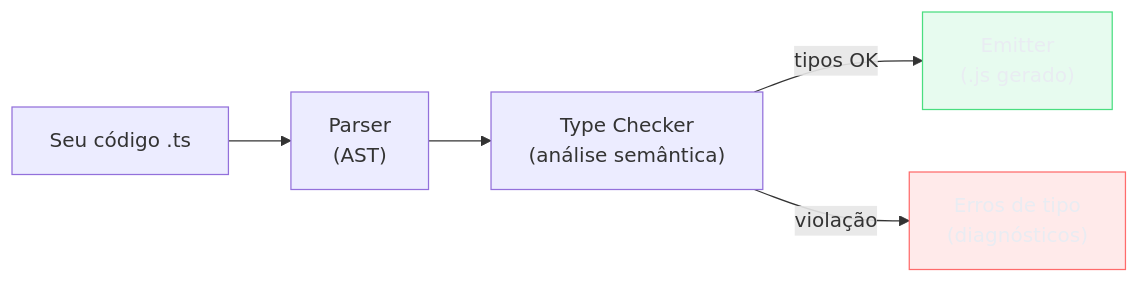
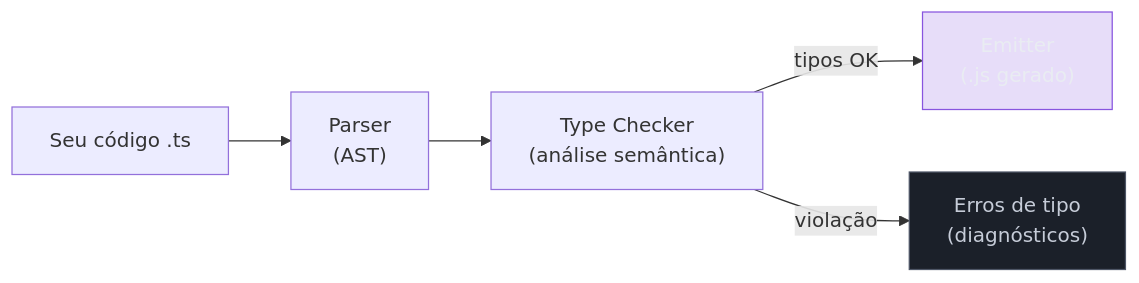
One commit to josenaldo/codex-technomanticus changed the first of 4 diagrams in 03-Dominios/Tecnologia/TypeScript/26 - Lendo o compilador - erros comuns e como decifrar mensagens.md. Above: the diagram before and after it, drawn with Mermaid. The commit also changed other lines of this file and 601 other files, not shown here.

````diff
--- a/03-Dominios/Tecnologia/TypeScript/26 - Lendo o compilador - erros comuns e como decifrar mensagens.md
+++ b/03-Dominios/Tecnologia/TypeScript/26 - Lendo o compilador - erros comuns e como decifrar mensagens.md
@@ -30,17 +30,17 @@
 ```mermaid
 flowchart LR
-    classDef falha fill:#FF6B6B24,stroke:#FF6B6B,color:#E9ECF2
-    classDef ok fill:#4ADE8021,stroke:#4ADE80,color:#E9ECF2
+    classDef marca fill:#8855DF33,stroke:#8855DF,color:#E9ECF2
+    classDef neutro fill:#1B2029,stroke:#4E5666,color:#C6CCD8
     SRC["Seu código .ts"]
     PARSE["Parser\n(AST)"]
     CHECKER["Type Checker\n(análise semântica)"]
     EMIT["Emitter\n(.js gerado)"]
     ERR["Erros de tipo\n(diagnósticos)"]
 
     SRC --> PARSE --> CHECKER
     CHECKER -->|"tipos OK"| EMIT
     CHECKER -->|"violação"| ERR
 
-    class ERR falha
-    class EMIT ok
+    class ERR neutro
+    class EMIT marca
 ```
````
